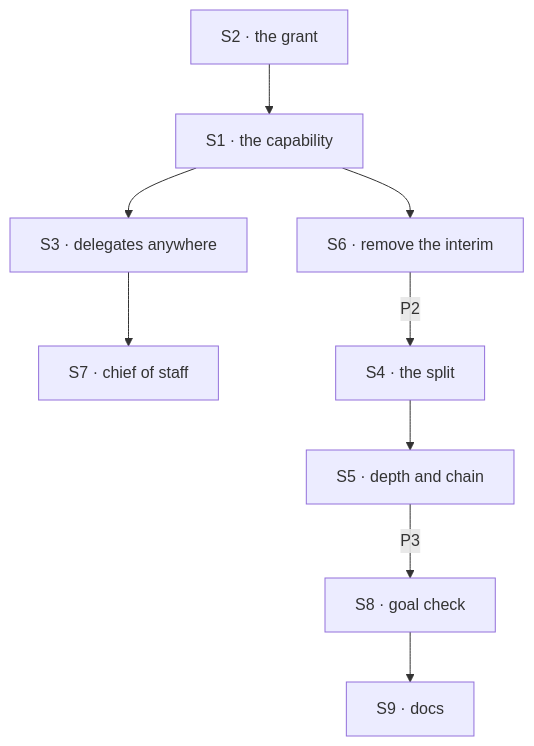
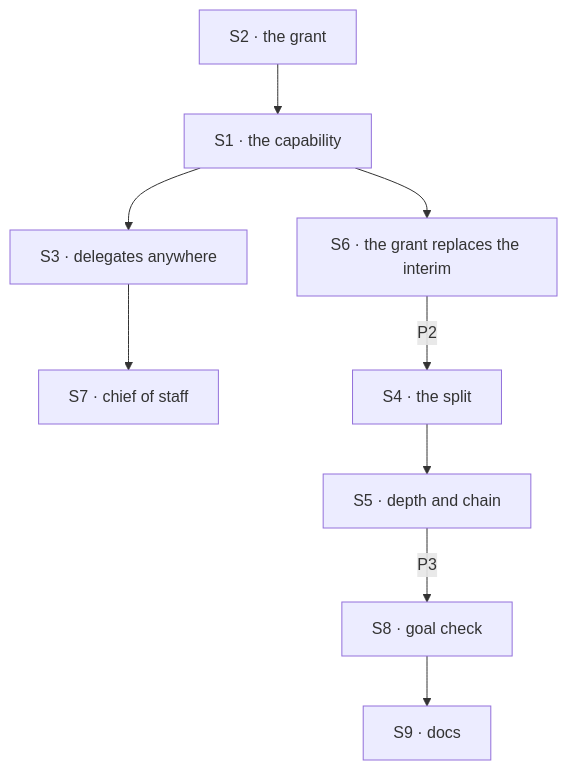
One commit to fixpoint-labs/flow-state-dev changed the diagram in specs/issues/FIX-1802/PLAN.md. Above: the diagram before and after it, drawn with Mermaid. The commit also changed other lines of this file and 15 other files, not shown here.

````diff
--- a/specs/issues/FIX-1802/PLAN.md
+++ b/specs/issues/FIX-1802/PLAN.md
@@ -32,11 +31,11 @@
 ```mermaid
 flowchart TD
   S2["S2 · the grant"] --> S1["S1 · the capability"]
   S1 --> S3["S3 · delegates anywhere"]
-  S1 --> S6["S6 · remove the interim"]
+  S1 --> S6["S6 · the grant replaces the interim"]
   S3 --> S7["S7 · chief of staff"]
   S6 -->|"P2"| S4["S4 · the split"]
   S4 --> S5["S5 · depth and chain"]
   S5 -->|"P3"| S8["S8 · goal check"]
   S8 --> S9["S9 · docs"]
 ```
````
